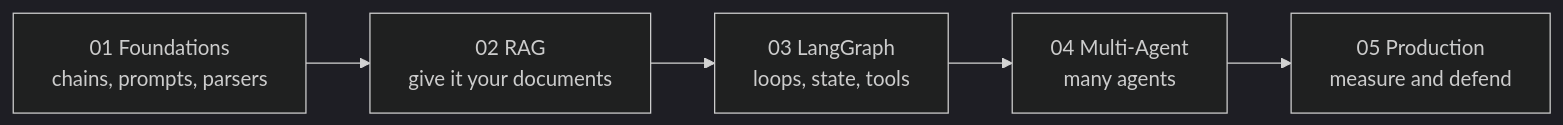
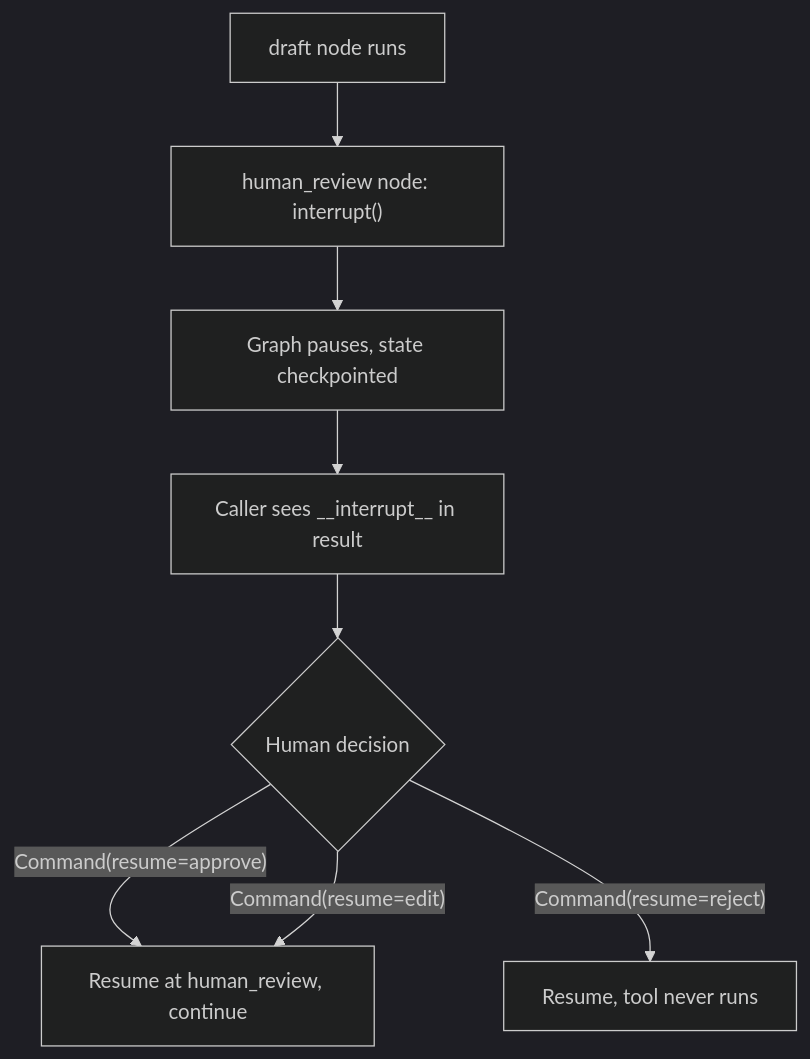
Before and after one commit to Sourav692/AI-ENGINEERING-DEMYSTIFIED: the seventh of 7 diagrams in tutorials/01_langchain_foundations_INTERVIEW_TUTORIAL.md, drawn with Mermaid (dark theme). The commit also changed other lines of this file and 13 other files, not shown here.

````diff
--- a/tutorials/01_langchain_foundations_INTERVIEW_TUTORIAL.md
+++ b/tutorials/01_langchain_foundations_INTERVIEW_TUTORIAL.md
@@ -566,7 +449,10 @@
 ```mermaid
-flowchart LR
-  A["01 Foundations<br/>chains, prompts, parsers"] --> B["02 RAG<br/>give it your documents"]
-  B --> C["03 LangGraph<br/>loops, state, tools"]
-  C --> D["04 Multi-Agent<br/>many agents"]
-  D --> E["05 Production<br/>measure and defend"]
+flowchart TD
+    A["draft node runs"] --> B["human_review node: interrupt()"]
+    B --> C["Graph pauses, state checkpointed"]
+    C --> D["Caller sees __interrupt__ in result"]
+    D --> E{"Human decision"}
+    E -->|"Command(resume=approve)"| F["Resume at human_review, continue"]
+    E -->|"Command(resume=edit)"| F
+    E -->|"Command(resume=reject)"| G["Resume, tool never runs"]
 ```
````
